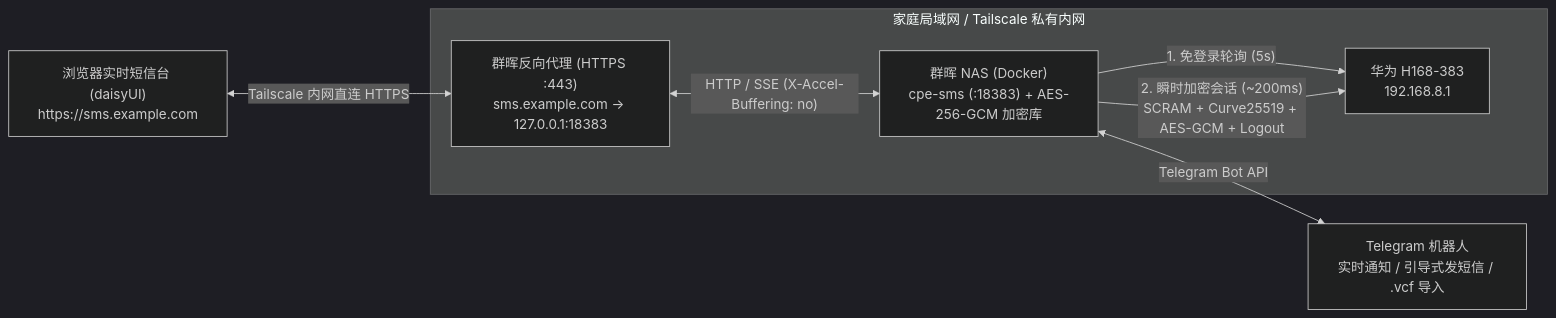
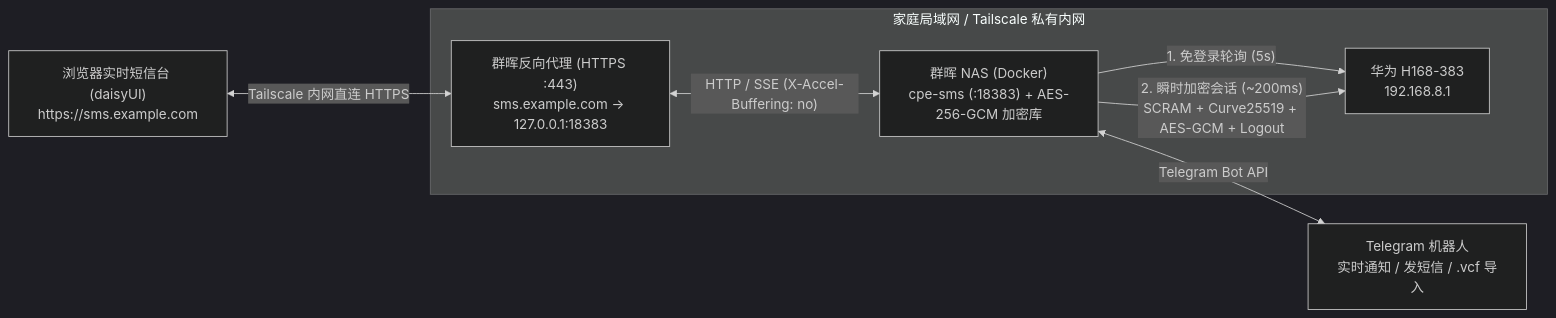
The diagram in README.md (cky008/cpe-sms), drawn with Mermaid (dark theme) before and after one commit. The commit also changed other lines of this file and 5 other files, not shown here.

````diff
--- a/README.md
+++ b/README.md
@@ -29,17 +29,17 @@
 ```mermaid
 flowchart LR
     subgraph LAN["家庭局域网 / Tailscale 私有内网"]
         CPE["华为 H168-383<br/>192.168.8.1"]
         NAS["群晖 NAS (Docker)<br/>cpe-sms (:18383) + AES-256-GCM 加密库"]
         RP["群晖反向代理 (HTTPS :443)<br/>sms.example.com -> 127.0.0.1:18383"]
     end
 
     WEB["浏览器实时短信台 (daisyUI)<br/>https://sms.example.com"]
-    TG["Telegram 机器人<br/>实时通知 / 引导式发短信 / .vcf 导入"]
+    TG["Telegram 机器人<br/>实时通知 / 发短信 / .vcf 导入"]
 
     NAS -- "1. 免登录轮询 (5s)" --> CPE
     NAS -- "2. 瞬时加密会话 (~200ms)<br/>SCRAM + Curve25519 + AES-GCM + Logout" --> CPE
     RP <-- "HTTP / SSE (X-Accel-Buffering: no)" --> NAS
     WEB <-- "Tailscale 内网直连 HTTPS" --> RP
     NAS <-- "Telegram Bot API" --> TG
 ```
````
